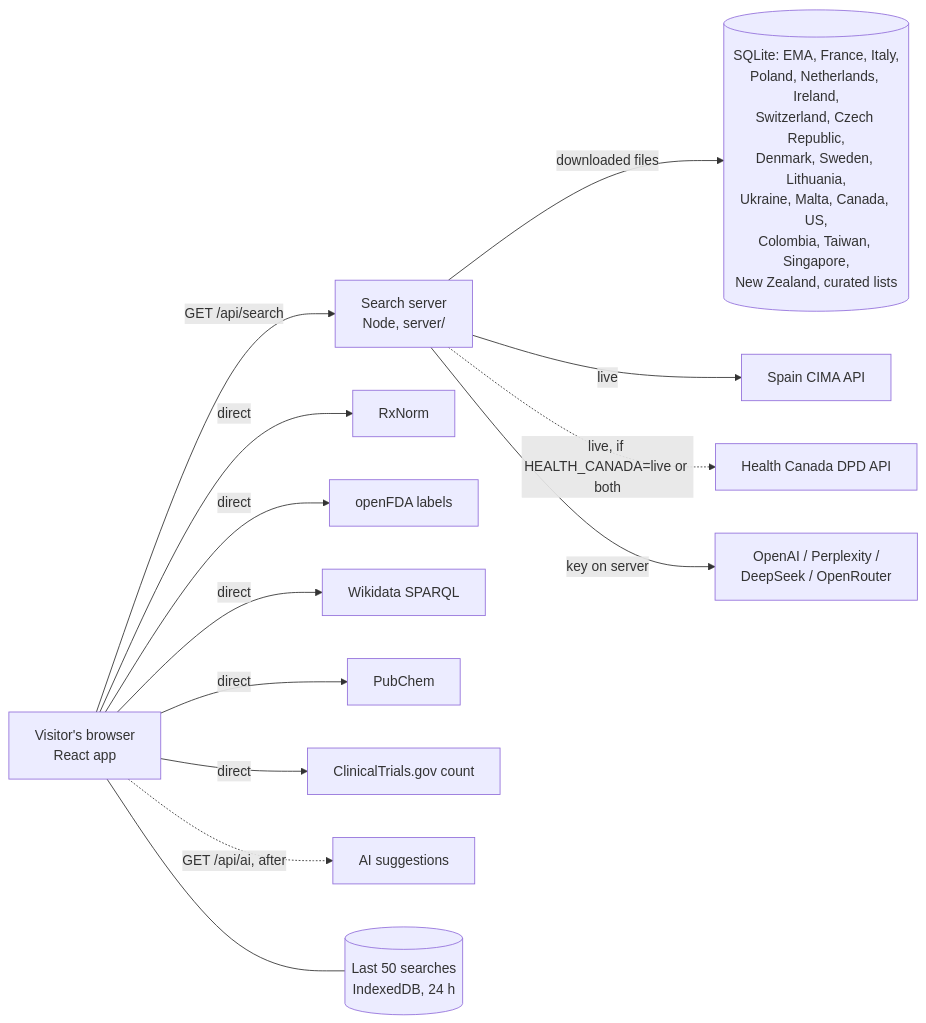
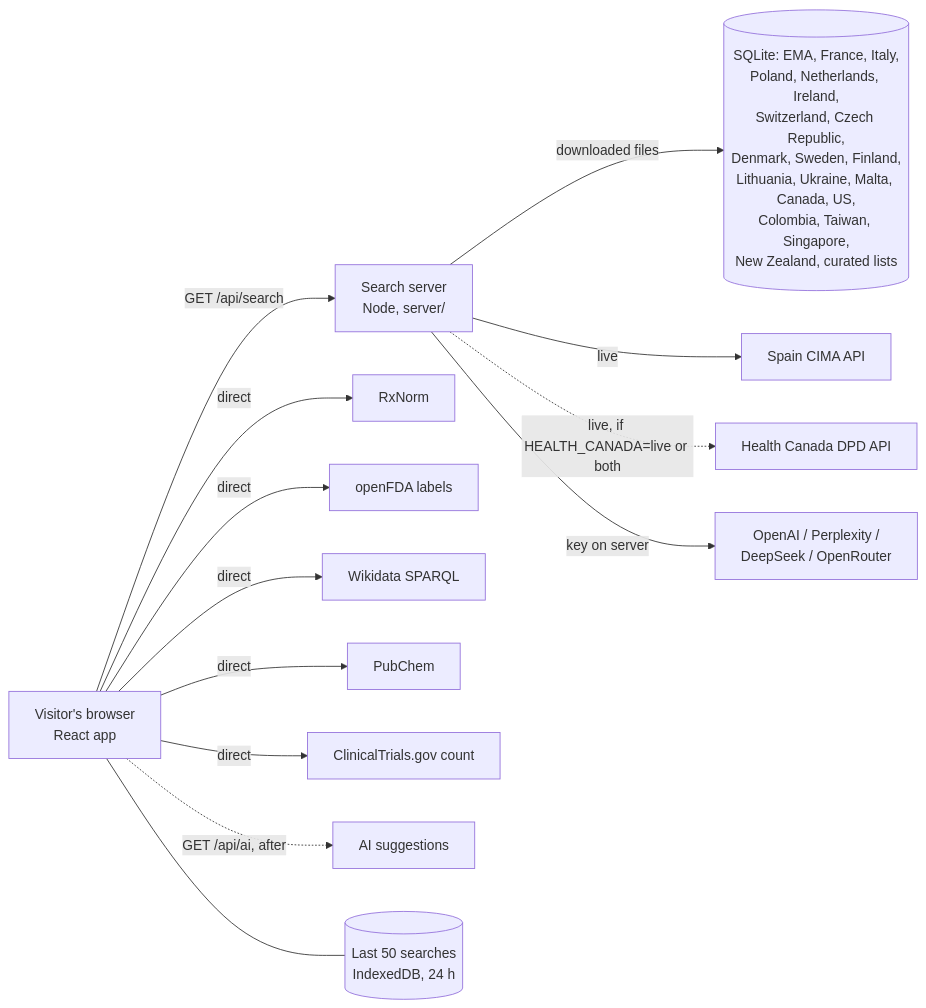
Before and after one commit to andreibesleaga/medicine-finder: the diagram in docs/ARCHITECTURE.md, drawn with Mermaid. The commit also changed other lines of this file and 13 other files, not shown here.

Commit message:
v2.3.0: ten more official registers (US, Colombia, Taiwan, Singapore, New Zealand, Sweden, Finland via imported file, Lithuania, Ukraine, Malta); docs/DATA-SOURCES.md; terms links; ingredient name groups

````diff
--- a/docs/ARCHITECTURE.md
+++ b/docs/ARCHITECTURE.md
@@ -11,15 +11,15 @@
 ```mermaid
 flowchart LR
   U[Visitor's browser<br/>React app] -->|GET /api/search| S[Search server<br/>Node, server/]
   U -->|direct| R[RxNorm]
   U -->|direct| F[openFDA labels]
   U -->|direct| W[Wikidata SPARQL]
   U -->|direct| P[PubChem]
   U -->|direct| T[ClinicalTrials.gov count]
   U -.->|GET /api/ai, after| AI2[AI suggestions]
   U --- C[(Last 50 searches<br/>IndexedDB, 24 h)]
-  S -->|downloaded files| D[(SQLite: EMA, France, Italy,<br/>Poland, Netherlands, Ireland,<br/>Switzerland, Czech Republic,<br/>Denmark, Sweden, Lithuania,<br/>Ukraine, Malta, Canada, US,<br/>Colombia, Taiwan, Singapore,<br/>New Zealand, curated lists)]
+  S -->|downloaded files| D[(SQLite: EMA, France, Italy,<br/>Poland, Netherlands, Ireland,<br/>Switzerland, Czech Republic,<br/>Denmark, Sweden, Finland,<br/>Lithuania, Ukraine, Malta, Canada, US,<br/>Colombia, Taiwan, Singapore,<br/>New Zealand, curated lists)]
   S -->|live| ES[Spain CIMA API]
   S -.->|live, if HEALTH_CANADA=live or both| HC[Health Canada DPD API]
   S -->|key on server| AI[OpenAI / Perplexity /<br/>DeepSeek / OpenRouter]
 ```
````
